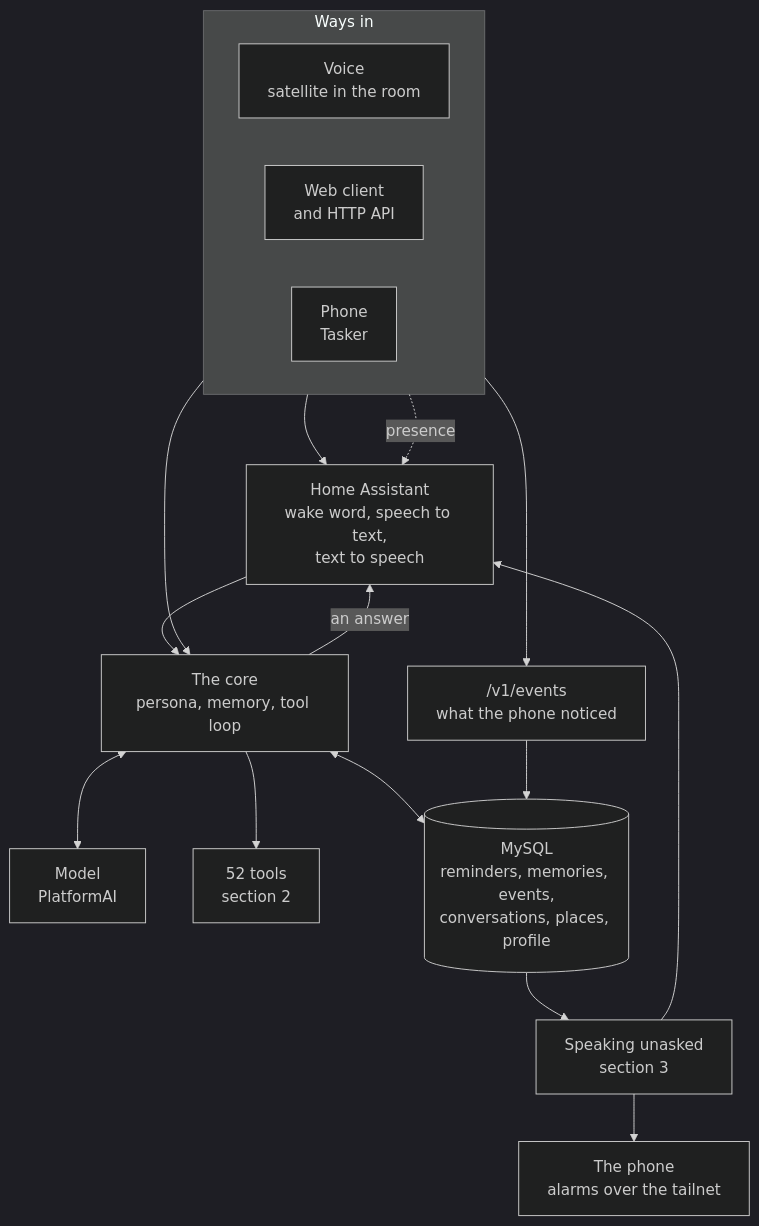
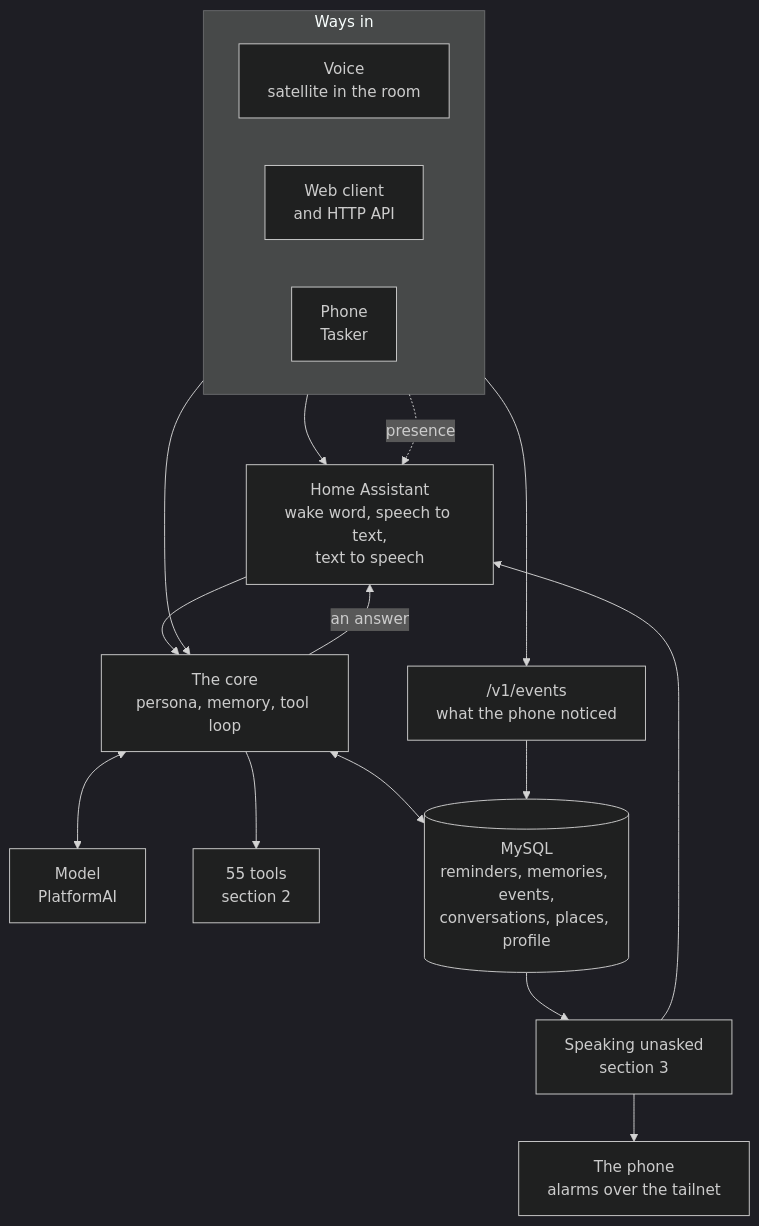
One commit to DhanushRamesh/personal-assistant changed the first of 5 diagrams in FEATURES.md. Above: the diagram before and after it, drawn with Mermaid (dark theme). The commit also changed other lines of this file and 7 other files, not shown here.

````diff
--- a/FEATURES.md
+++ b/FEATURES.md
@@ -19,36 +19,36 @@
 ```mermaid
 flowchart TB
     subgraph IN["Ways in"]
         direction LR
         SAT["Voice<br/>satellite in the room"]
         WEB["Web client<br/>and HTTP API"]
         PHONE["Phone<br/>Tasker"]
     end
 
     HA["Home Assistant<br/>wake word, speech to text,<br/>text to speech"]
     EVENTS["/v1/events<br/>what the phone noticed"]
 
     SAT --> HA
     PHONE --> EVENTS
     PHONE -. "presence" .-> HA
     HA --> CORE
     WEB --> CORE
 
     CORE["The core<br/>persona, memory, tool loop"]
     MODEL["Model<br/>PlatformAI"]
-    TOOLS["52 tools<br/>section 2"]
+    TOOLS["55 tools<br/>section 2"]
     DB[("MySQL<br/>reminders, memories, events,<br/>conversations, places, profile")]
 
     CORE <--> MODEL
     CORE --> TOOLS
     CORE <--> DB
     EVENTS --> DB
     CORE -- "an answer" --> HA
 
     UNASKED["Speaking unasked<br/>section 3"]
     ALARMS["The phone<br/>alarms over the tailnet"]
 
     DB --> UNASKED
     UNASKED --> HA
     UNASKED --> ALARMS
 ```
````
